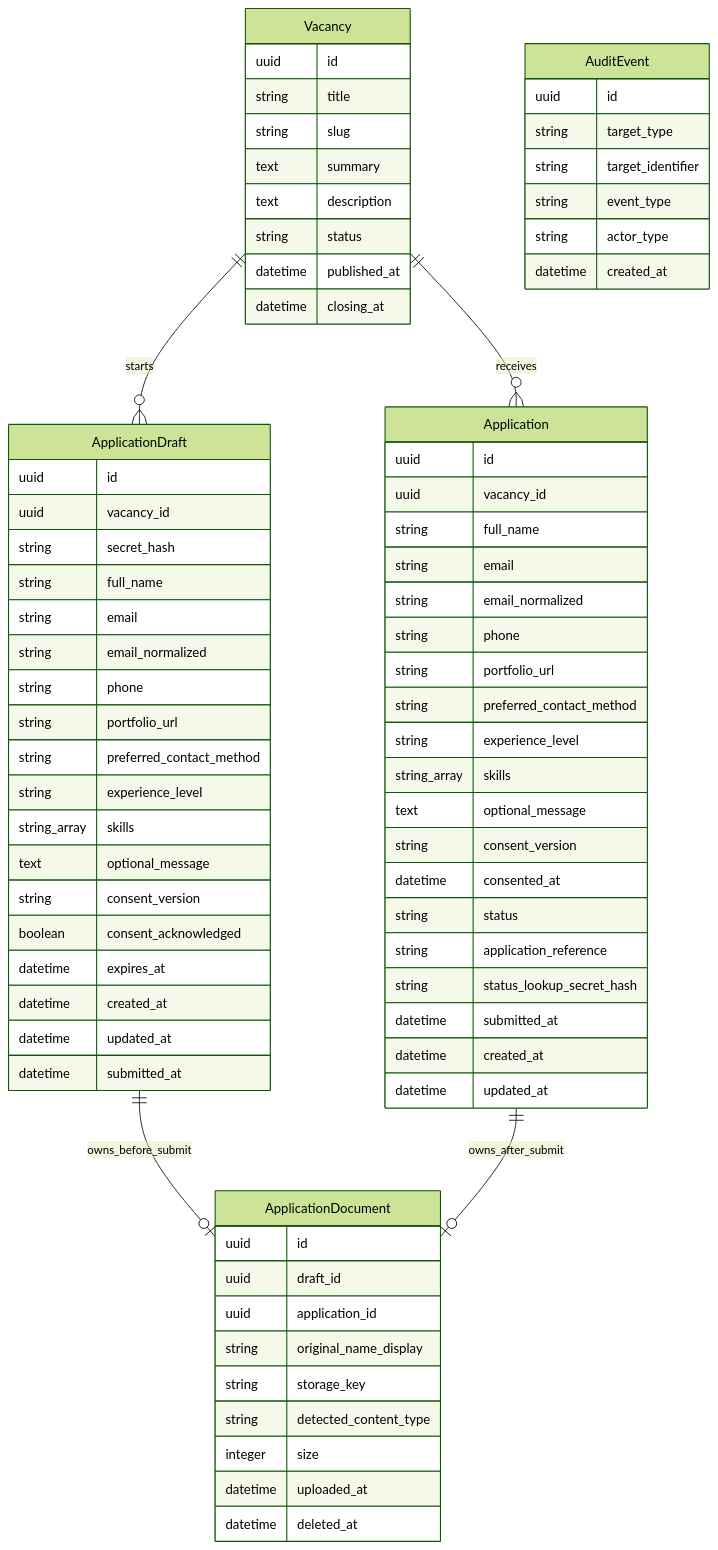
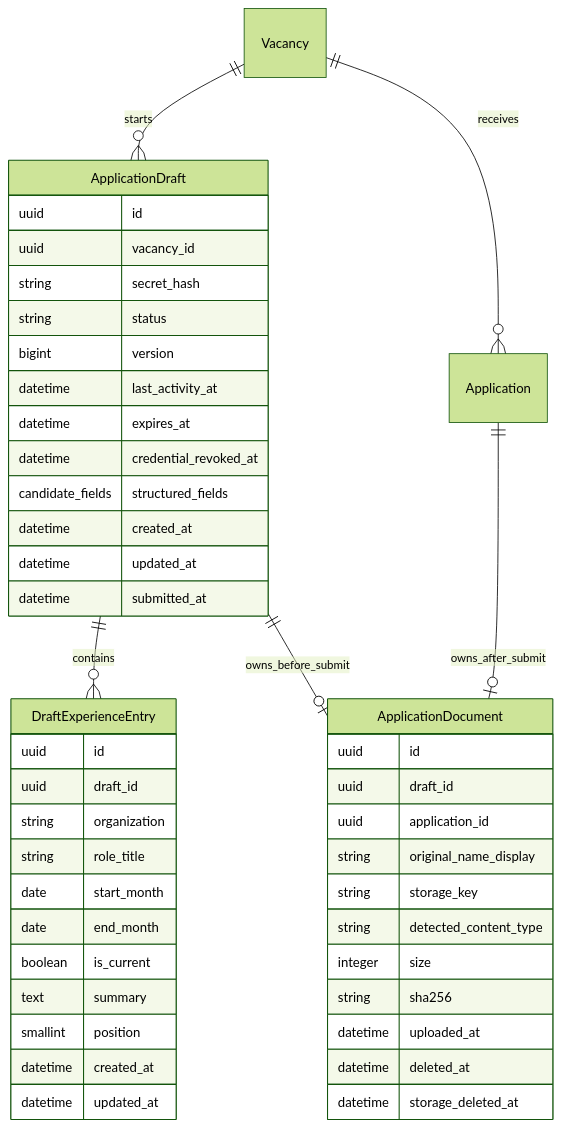
One commit to JalolbekJR/applyflow changed the diagram in docs/domain-model.md. Above: the diagram before and after it, drawn with Mermaid (forest theme). The commit also changed other lines of this file and 12 other files, not shown here.

````diff
--- a/docs/domain-model.md
+++ b/docs/domain-model.md
@@ -9,82 +10,51 @@
 ```mermaid
 erDiagram
     Vacancy ||--o{ ApplicationDraft : starts
     Vacancy ||--o{ Application : receives
+    ApplicationDraft ||--o{ DraftExperienceEntry : contains
     ApplicationDraft ||--o| ApplicationDocument : owns_before_submit
     Application ||--o| ApplicationDocument : owns_after_submit
-
-    Vacancy {
-        uuid id
-        string title
-        string slug
-        text summary
-        text description
-        string status
-        datetime published_at
-        datetime closing_at
-    }
 
     ApplicationDraft {
         uuid id
         uuid vacancy_id
         string secret_hash
-        string full_name
-        string email
-        string email_normalized
-        string phone
-        string portfolio_url
-        string preferred_contact_method
-        string experience_level
-        string_array skills
-        text optional_message
-        string consent_version
-        boolean consent_acknowledged
+        string status
+        bigint version
+        datetime last_activity_at
         datetime expires_at
+        datetime credential_revoked_at
+        candidate_fields structured_fields
         datetime created_at
         datetime updated_at
         datetime submitted_at
     }
 
-    Application {
+    DraftExperienceEntry {
         uuid id
-        uuid vacancy_id
-        string full_name
-        string email
-        string email_normalized
-        string phone
-        string portfolio_url
-        string preferred_contact_method
-        string experience_level
-        string_array skills
-        text optional_message
-        string consent_version
-        datetime consented_at
-        string status
-        string application_reference
-        string status_lookup_secret_hash
-        datetime submitted_at
+        uuid draft_id
+        string organization
+        string role_title
+        date start_month
+        date end_month
+        boolean is_current
+        text summary
+        smallint position
         datetime created_at
         datetime updated_at
     }
 
     ApplicationDocument {
         uuid id
         uuid draft_id
         uuid application_id
         string original_name_display
         string storage_key
         string detected_content_type
         integer size
+        string sha256
         datetime uploaded_at
         datetime deleted_at
-    }
-
-    AuditEvent {
-        uuid id
-        string target_type
-        string target_identifier
-        string event_type
-        string actor_type
-        datetime created_at
+        datetime storage_deleted_at
     }
 ```
````
